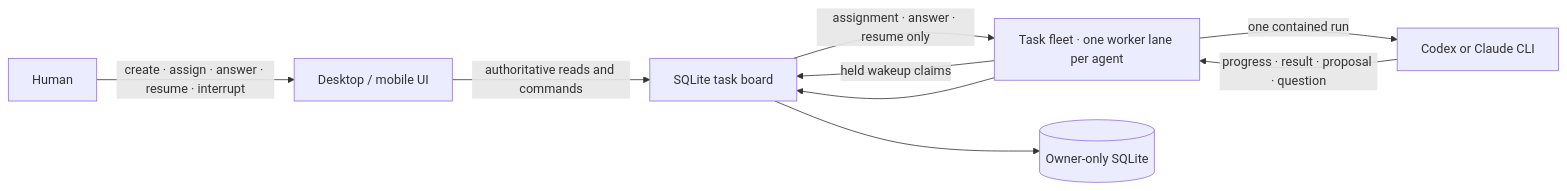
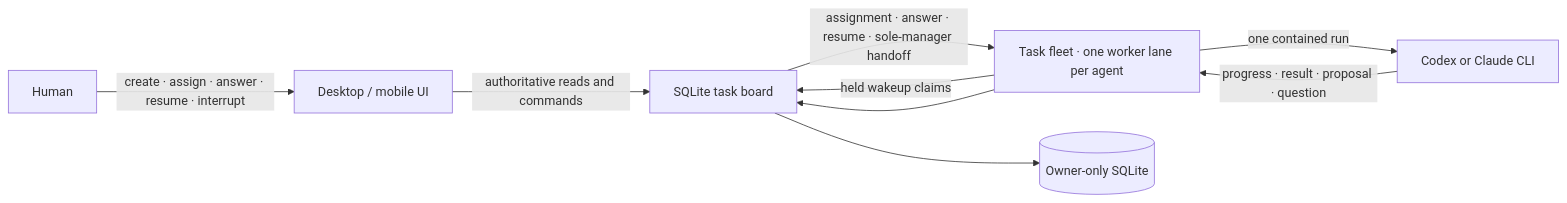
Before and after one commit to jsongga/nexus-seventeen: the diagram in README.md, drawn with Mermaid. The commit also changed other lines of this file and 84 other files, not shown here.

````diff
--- a/README.md
+++ b/README.md
@@ -30,11 +33,11 @@
 ```mermaid
 flowchart LR
     HUMAN[Human] -->|create · assign · answer · resume · interrupt| UI[Desktop / mobile UI]
     UI -->|authoritative reads and commands| BOARD[SQLite task board]
     FLEET[Task fleet · one worker lane per agent] -->|held wakeup claims| BOARD
-    BOARD -->|assignment · answer · resume only| FLEET
+    BOARD -->|assignment · answer · resume · sole-manager handoff| FLEET
     FLEET -->|one contained run| MODEL[Codex or Claude CLI]
     MODEL -->|progress · result · proposal · question| FLEET
     FLEET --> BOARD
     BOARD --> DB[(Owner-only SQLite)]
 ```
````
